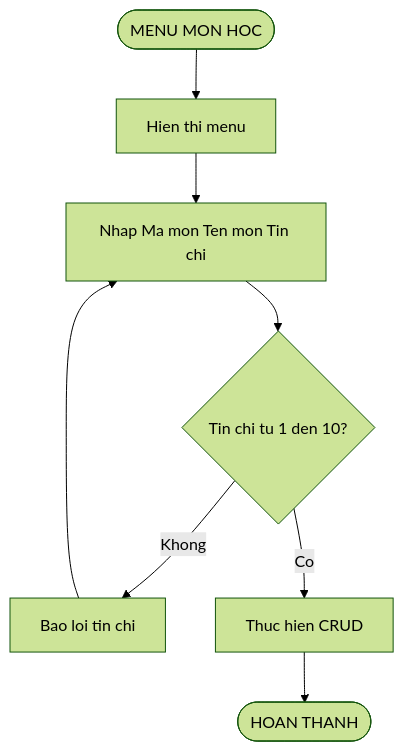
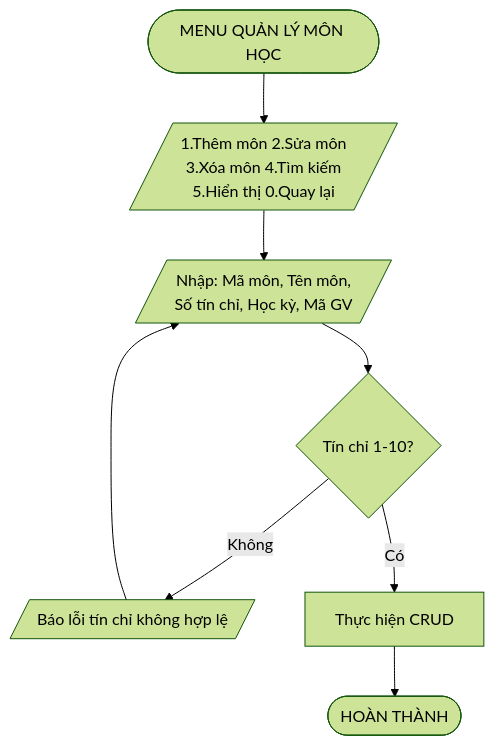
One commit to phucphuc2006/pro-192 changed diagram 12 of 20 in docs/Flowcharts/Flowcharts.md. Above: the diagram before and after it, drawn with Mermaid (forest theme). The commit also changed other lines of this file, not shown here.

Commit message:
Restore original Mermaid flowcharts

````diff
--- a/docs/Flowcharts/Flowcharts.md
+++ b/docs/Flowcharts/Flowcharts.md
@@ -192,10 +219,10 @@
 ```mermaid
 flowchart TD
-    A(["MENU MON HOC"]) --> B["Hien thi menu"]
-    B --> C["Nhap Ma mon Ten mon Tin chi"]
-    C --> D{"Tin chi tu 1 den 10?"}
-    D -->|Khong| E["Bao loi tin chi"]
+    A([MENU QUẢN LÝ MÔN HỌC]) --> B[/"1.Thêm môn 2.Sửa môn<br/>3.Xóa môn 4.Tìm kiếm<br/>5.Hiển thị 0.Quay lại"/]
+    B --> C[/Nhập: Mã môn, Tên môn,<br/>Số tín chỉ, Học kỳ, Mã GV/]
+    C --> D{Tín chỉ 1-10?}
+    D -->|Không| E[/Báo lỗi tín chỉ không hợp lệ/]
     E --> C
-    D -->|Co| F["Thuc hien CRUD"]
-    F --> G(["HOAN THANH"])
+    D -->|Có| F[Thực hiện CRUD]
+    F --> G([HOÀN THÀNH])
 ```
````
